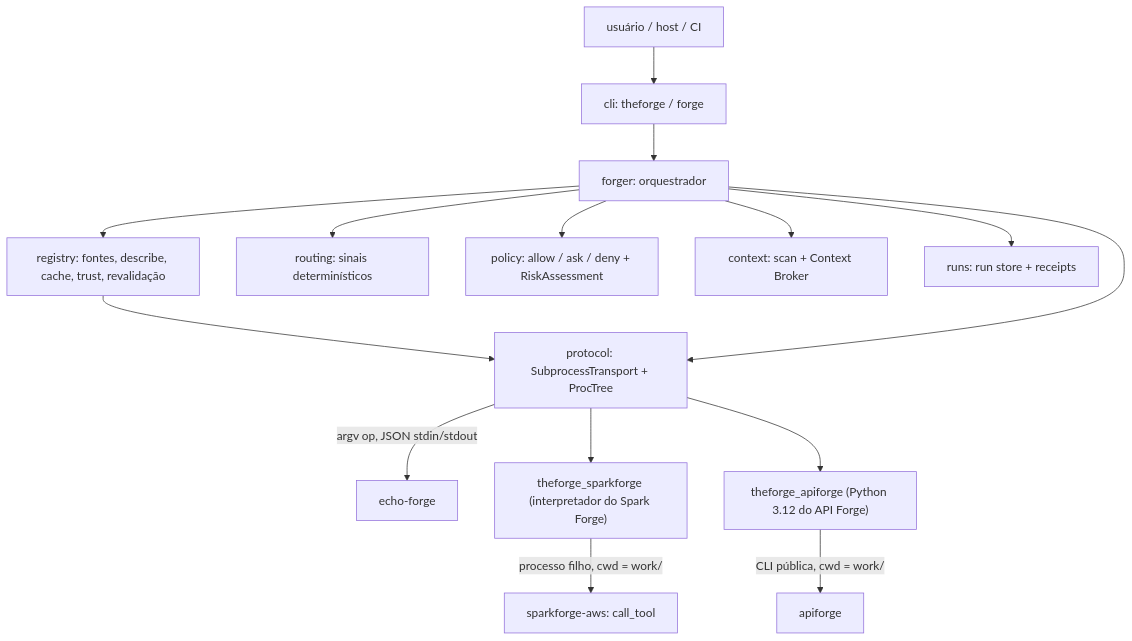
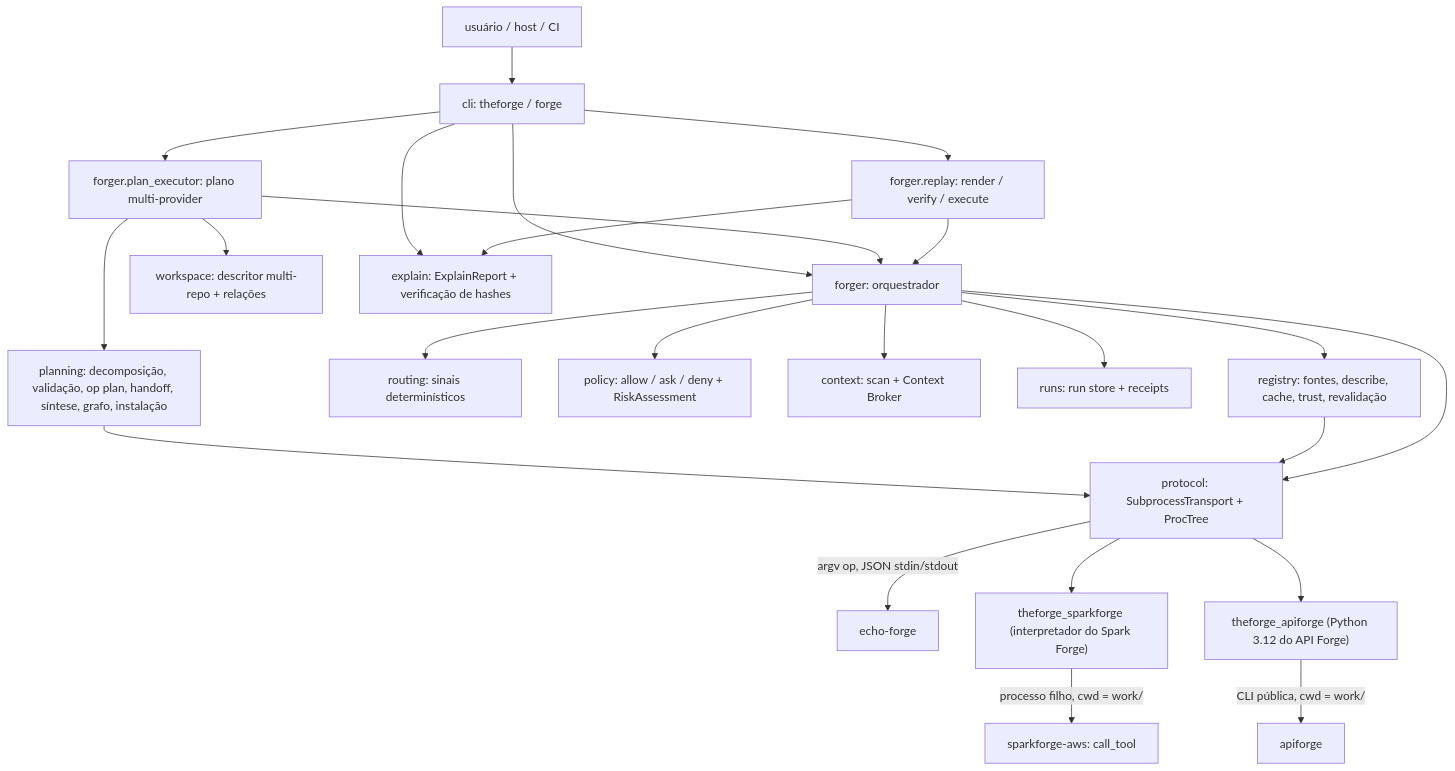
The first of 3 diagrams in docs/architecture.md (EdgarSocrates98/the-forge), drawn with Mermaid before and after one commit. The commit also changed other lines of this file and 5 other files, not shown here.

First line of the commit message:
docs(cross-forge-foundation): document the multi-provider protocol, architecture and security

````diff
--- a/docs/architecture.md
+++ b/docs/architecture.md
@@ -3,17 +3,26 @@
 ```mermaid
 flowchart TD
     U[usuário / host / CI] --> CLI[cli: theforge / forge]
     CLI --> F[forger: orquestrador]
     F --> R[registry: fontes, describe, cache, trust, revalidação]
     F --> RT[routing: sinais determinísticos]
     F --> P[policy: allow / ask / deny + RiskAssessment]
     F --> C[context: scan + Context Broker]
     F --> RS[runs: run store + receipts]
+    CLI --> PE[forger.plan_executor: plano multi-provider]
+    PE --> W[workspace: descritor multi-repo + relações]
+    PE --> PL[planning: decomposição, validação, op plan, handoff, síntese, grafo, instalação]
+    PE --> F
+    CLI --> X[explain: ExplainReport + verificação de hashes]
+    CLI --> RP[forger.replay: render / verify / execute]
+    RP --> X
+    RP --> F
+    PL --> T
     R --> T[protocol: SubprocessTransport + ProcTree]
     F --> T
     T -->|"argv op, JSON stdin/stdout"| E[echo-forge]
     T --> S["theforge_sparkforge (interpretador do Spark Forge)"]
     T --> A["theforge_apiforge (Python 3.12 do API Forge)"]
     S -->|"processo filho, cwd = work/"| SN[sparkforge-aws: call_tool]
     A -->|"CLI pública, cwd = work/"| AN[apiforge]
 ```
````
